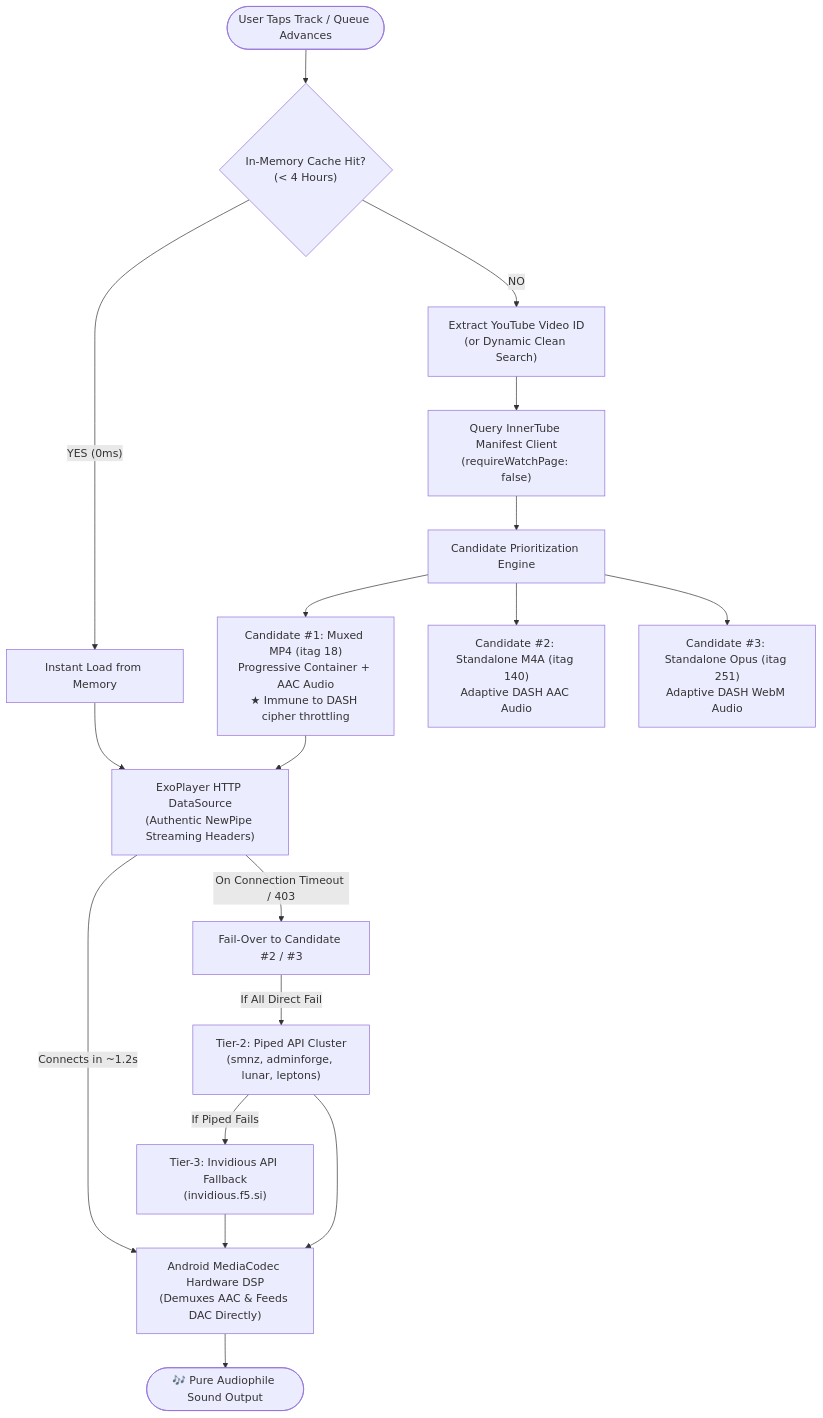
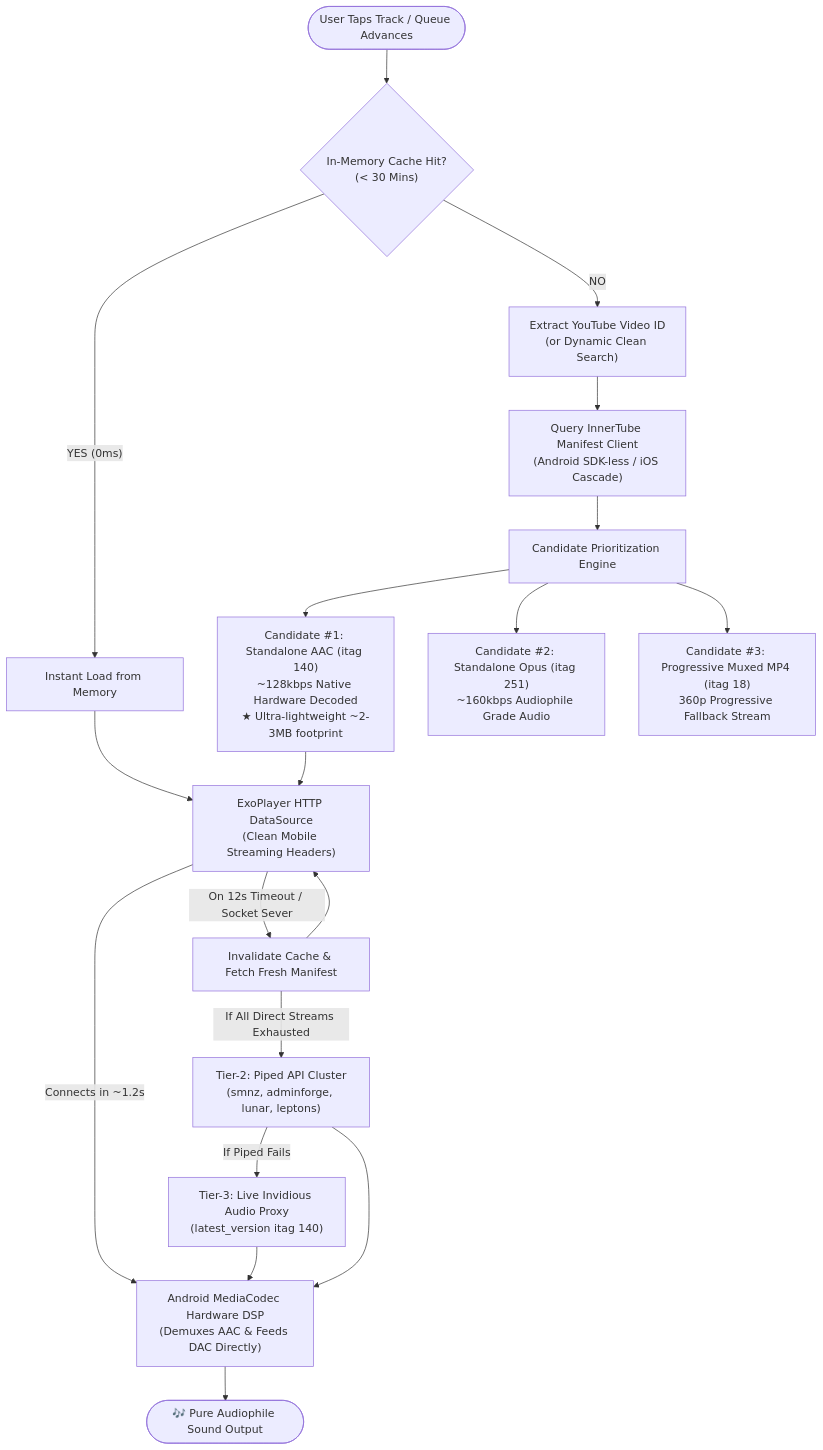
The first of 5 diagrams in README.md (taezeem14/PulsePipe), drawn with Mermaid before and after one commit. The commit also changed other lines of this file and 2 other files, not shown here.

````diff
--- a/README.md
+++ b/README.md
@@ -55,26 +56,27 @@
 ```mermaid
 flowchart TD
-    UserTap(["User Taps Track / Queue Advances"]) --> CheckCache{"In-Memory Cache Hit?<br/>(&lt; 4 Hours)"}
+    UserTap(["User Taps Track / Queue Advances"]) --> CheckCache{"In-Memory Cache Hit?<br/>(&lt; 30 Mins)"}
     
     CheckCache -- "YES (0ms)" --> InstantLoad["Instant Load from Memory"]
     CheckCache -- "NO" --> ExtractYT["Extract YouTube Video ID<br/>(or Dynamic Clean Search)"]
     
-    ExtractYT --> InnerTube["Query InnerTube Manifest Client<br/>(requireWatchPage: false)"]
+    ExtractYT --> InnerTube["Query InnerTube Manifest Client<br/>(Android SDK-less / iOS Cascade)"]
     
     InnerTube --> Candidates["Candidate Prioritization Engine"]
-    Candidates --> C1["Candidate #1: Muxed MP4 (itag 18)<br/>Progressive Container + AAC Audio<br/>★ Immune to DASH cipher throttling"]
-    Candidates --> C2["Candidate #2: Standalone M4A (itag 140)<br/>Adaptive DASH AAC Audio"]
-    Candidates --> C3["Candidate #3: Standalone Opus (itag 251)<br/>Adaptive DASH WebM Audio"]
+    Candidates --> C1["Candidate #1: Standalone AAC (itag 140)<br/>~128kbps Native Hardware Decoded<br/>★ Ultra-lightweight ~2-3MB footprint"]
+    Candidates --> C2["Candidate #2: Standalone Opus (itag 251)<br/>~160kbps Audiophile Grade Audio"]
+    Candidates --> C3["Candidate #3: Progressive Muxed MP4 (itag 18)<br/>360p Progressive Fallback Stream"]
     
-    C1 --> ExoConnect["ExoPlayer HTTP DataSource<br/>(Authentic NewPipe Streaming Headers)"]
+    C1 --> ExoConnect["ExoPlayer HTTP DataSource<br/>(Clean Mobile Streaming Headers)"]
     InstantLoad --> ExoConnect
     
     ExoConnect -- "Connects in ~1.2s" --> DSP["Android MediaCodec Hardware DSP<br/>(Demuxes AAC & Feeds DAC Directly)"]
     DSP --> AudioOut(["🎶 Pure Audiophile Sound Output"])
     
-    ExoConnect -- "On Connection Timeout / 403" --> TryC2["Fail-Over to Candidate #2 / #3"]
-    TryC2 -- "If All Direct Fail" --> Piped["Tier-2: Piped API Cluster<br/>(smnz, adminforge, lunar, leptons)"]
-    Piped -- "If Piped Fails" --> Invidious["Tier-3: Invidious API Fallback<br/>(invidious.f5.si)"]
+    ExoConnect -- "On 12s Timeout / Socket Sever" --> FreshResolve["Invalidate Cache & Fetch Fresh Manifest"]
+    FreshResolve --> ExoConnect
+    FreshResolve -- "If All Direct Streams Exhausted" --> Piped["Tier-2: Piped API Cluster<br/>(smnz, adminforge, lunar, leptons)"]
+    Piped -- "If Piped Fails" --> Invidious["Tier-3: Live Invidious Audio Proxy<br/>(latest_version itag 140)"]
     Piped --> DSP
     Invidious --> DSP
 ```
````
